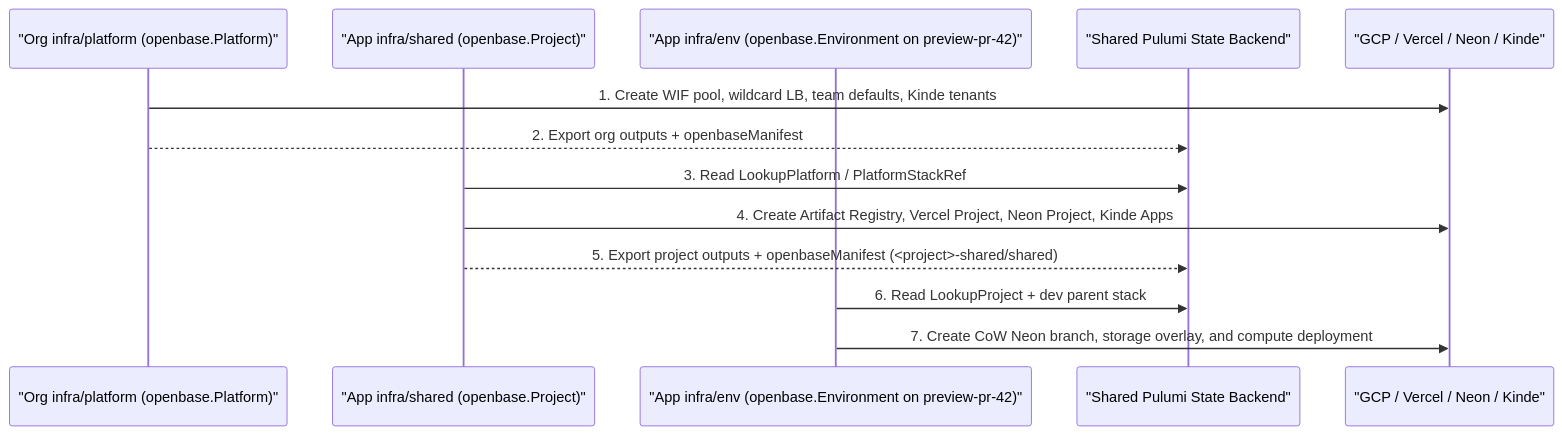
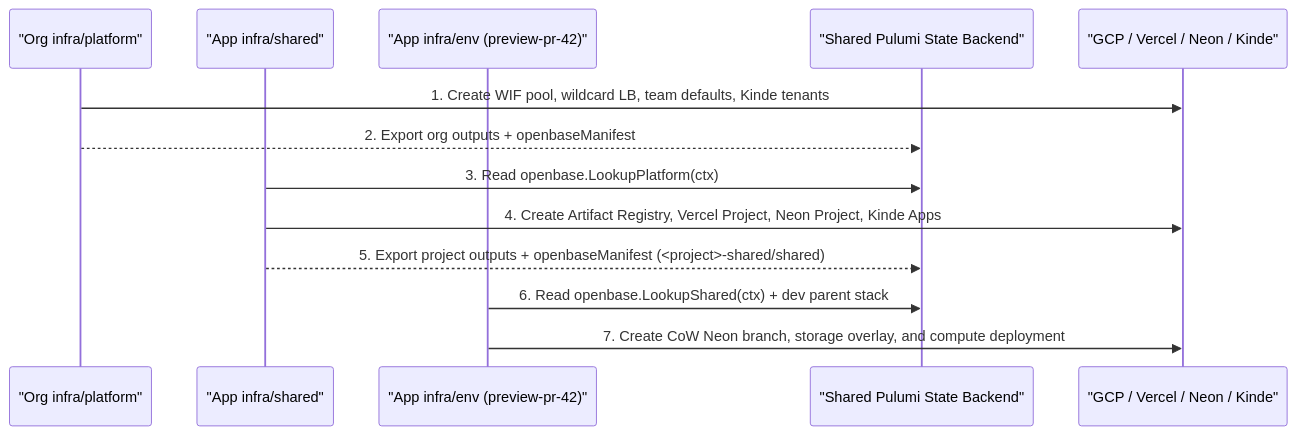
Before and after one commit to cloudvoyant/openbase: the second of 2 diagrams in docs/architecture/index.md, drawn with Mermaid. The commit also changed other lines of this file and 70 other files, not shown here.

````diff
--- a/docs/architecture/index.md
+++ b/docs/architecture/index.md
@@ -63,16 +63,16 @@
 ```mermaid
 sequenceDiagram
-    participant Org as "Org infra/platform (openbase.Platform)"
-    participant Shared as "App infra/shared (openbase.Project)"
-    participant Env as "App infra/env (openbase.Environment on preview-pr-42)"
+    participant Org as "Org infra/platform"
+    participant Shared as "App infra/shared"
+    participant Env as "App infra/env (preview-pr-42)"
     participant State as "Shared Pulumi State Backend"
     participant Cloud as "GCP / Vercel / Neon / Kinde"
 
     Org->>Cloud: 1. Create WIF pool, wildcard LB, team defaults, Kinde tenants
     Org-->>State: 2. Export org outputs + openbaseManifest
-    Shared->>State: 3. Read LookupPlatform / PlatformStackRef
+    Shared->>State: 3. Read openbase.LookupPlatform(ctx)
     Shared->>Cloud: 4. Create Artifact Registry, Vercel Project, Neon Project, Kinde Apps
     Shared-->>State: 5. Export project outputs + openbaseManifest (<project>-shared/shared)
-    Env->>State: 6. Read LookupProject + dev parent stack
+    Env->>State: 6. Read openbase.LookupShared(ctx) + dev parent stack
     Env->>Cloud: 7. Create CoW Neon branch, storage overlay, and compute deployment
 ```
````
